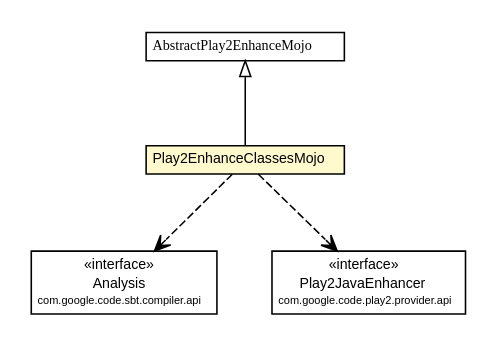
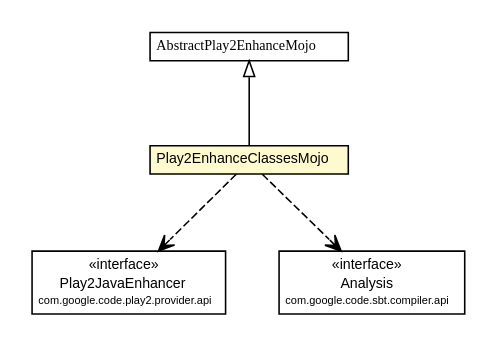
The diagram in mavensite/1.0.0-alpha7-SNAPSHOT/play2-maven-plugin/apidocs/com/google/code/play2/plugin/Play2EnhanceClassesMojo.dot (wouterhardeman/play2-maven-plugin), drawn with Graphviz before and after one commit. The commit also changed 227 other files, not shown here.

Commit message:
Production site for version "1.0.0-alpha7-SNAPSHOT" - updated.

```diff
--- a/mavensite/1.0.0-alpha7-SNAPSHOT/play2-maven-plugin/apidocs/com/google/code/play2/plugin/Play2EnhanceClassesMojo.dot
+++ b/mavensite/1.0.0-alpha7-SNAPSHOT/play2-maven-plugin/apidocs/com/google/code/play2/plugin/Play2EnhanceClassesMojo.dot
@@ -1,46 +1,46 @@
 #!/usr/local/bin/dot
 #
 # Class diagram 
 # Generated by UMLGraph version R5_6-24-gf6e263 (http://www.umlgraph.org/)
 #
 
 digraph G {
 	edge [fontname="arial",fontsize=10,labelfontname="arial",labelfontsize=10];
 	node [fontname="arial",fontsize=10,shape=plaintext];
 	nodesep=0.25;
 	ranksep=0.5;
 	// com.google.code.play2.plugin.Play2EnhanceClassesMojo
 	c697 [label=<<table title="com.google.code.play2.plugin.Play2EnhanceClassesMojo" border="0" cellborder="1" cellspacing="0" cellpadding="2" port="p" bgcolor="lemonChiffon" href="./Play2EnhanceClassesMojo.html">
 		<tr><td><table border="0" cellspacing="0" cellpadding="1">
 <tr><td align="center" balign="center"> Play2EnhanceClassesMojo </td></tr>
 		</table></td></tr>
 		</table>>, URL="./Play2EnhanceClassesMojo.html", fontname="arial", fontcolor="black", fontsize=9.0];
 	// com.google.code.play2.plugin.AbstractPlay2EnhanceMojo
 	c710 [label=<<table title="com.google.code.play2.plugin.AbstractPlay2EnhanceMojo" border="0" cellborder="1" cellspacing="0" cellpadding="2" port="p" href="./AbstractPlay2EnhanceMojo.html">
 		<tr><td><table border="0" cellspacing="0" cellpadding="1">
 <tr><td align="center" balign="center"><font face="arial italic"> AbstractPlay2EnhanceMojo </font></td></tr>
 		</table></td></tr>
 		</table>>, URL="./AbstractPlay2EnhanceMojo.html", fontname="arial", fontcolor="black", fontsize=9.0];
 	//com.google.code.play2.plugin.Play2EnhanceClassesMojo extends com.google.code.play2.plugin.AbstractPlay2EnhanceMojo
 	c710:p -> c697:p [dir=back,arrowtail=empty];
+	// com.google.code.play2.plugin.Play2EnhanceClassesMojo DEPEND com.google.code.play2.provider.api.Play2JavaEnhancer
+	c697:p -> c717:p [taillabel="", label="", headlabel="", fontname="arial", fontcolor="black", fontsize=10.0, color="black", arrowhead=open, style=dashed];
 	// com.google.code.play2.plugin.Play2EnhanceClassesMojo DEPEND com.google.code.sbt.compiler.api.Analysis
-	c697:p -> c717:p [taillabel="", label="", headlabel="", fontname="arial", fontcolor="black", fontsize=10.0, color="black", arrowhead=open, style=dashed];
-	// com.google.code.play2.plugin.Play2EnhanceClassesMojo DEPEND com.google.code.play2.provider.api.Play2JavaEnhancer
 	c697:p -> c718:p [taillabel="", label="", headlabel="", fontname="arial", fontcolor="black", fontsize=10.0, color="black", arrowhead=open, style=dashed];
 	// com.google.code.play2.provider.api.Play2JavaEnhancer
-	c718 [label=<<table title="com.google.code.play2.provider.api.Play2JavaEnhancer" border="0" cellborder="1" cellspacing="0" cellpadding="2" port="p" href="https://play2-maven-plugin.googlecode.com/svn/mavensite/1.0.0-alpha7-SNAPSHOT/play2-provider-api/apidocs/com/google/code/play2/provider/api/Play2JavaEnhancer.html">
+	c717 [label=<<table title="com.google.code.play2.provider.api.Play2JavaEnhancer" border="0" cellborder="1" cellspacing="0" cellpadding="2" port="p" href="https://play2-maven-plugin.googlecode.com/svn/mavensite/1.0.0-alpha7-SNAPSHOT/play2-provider-api/apidocs/com/google/code/play2/provider/api/Play2JavaEnhancer.html">
 		<tr><td><table border="0" cellspacing="0" cellpadding="1">
 <tr><td align="center" balign="center"> &#171;interface&#187; </td></tr>
 <tr><td align="center" balign="center"> Play2JavaEnhancer </td></tr>
 <tr><td align="center" balign="center"><font point-size="7.0"> com.google.code.play2.provider.api </font></td></tr>
 		</table></td></tr>
 		</table>>, URL="https://play2-maven-plugin.googlecode.com/svn/mavensite/1.0.0-alpha7-SNAPSHOT/play2-provider-api/apidocs/com/google/code/play2/provider/api/Play2JavaEnhancer.html", fontname="arial", fontcolor="black", fontsize=9.0];
 	// com.google.code.sbt.compiler.api.Analysis
-	c717 [label=<<table title="com.google.code.sbt.compiler.api.Analysis" border="0" cellborder="1" cellspacing="0" cellpadding="2" port="p">
+	c718 [label=<<table title="com.google.code.sbt.compiler.api.Analysis" border="0" cellborder="1" cellspacing="0" cellpadding="2" port="p">
 		<tr><td><table border="0" cellspacing="0" cellpadding="1">
 <tr><td align="center" balign="center"> &#171;interface&#187; </td></tr>
 <tr><td align="center" balign="center"> Analysis </td></tr>
 <tr><td align="center" balign="center"><font point-size="7.0"> com.google.code.sbt.compiler.api </font></td></tr>
 		</table></td></tr>
 		</table>>, URL="null", fontname="arial", fontcolor="black", fontsize=9.0];
 }
```
